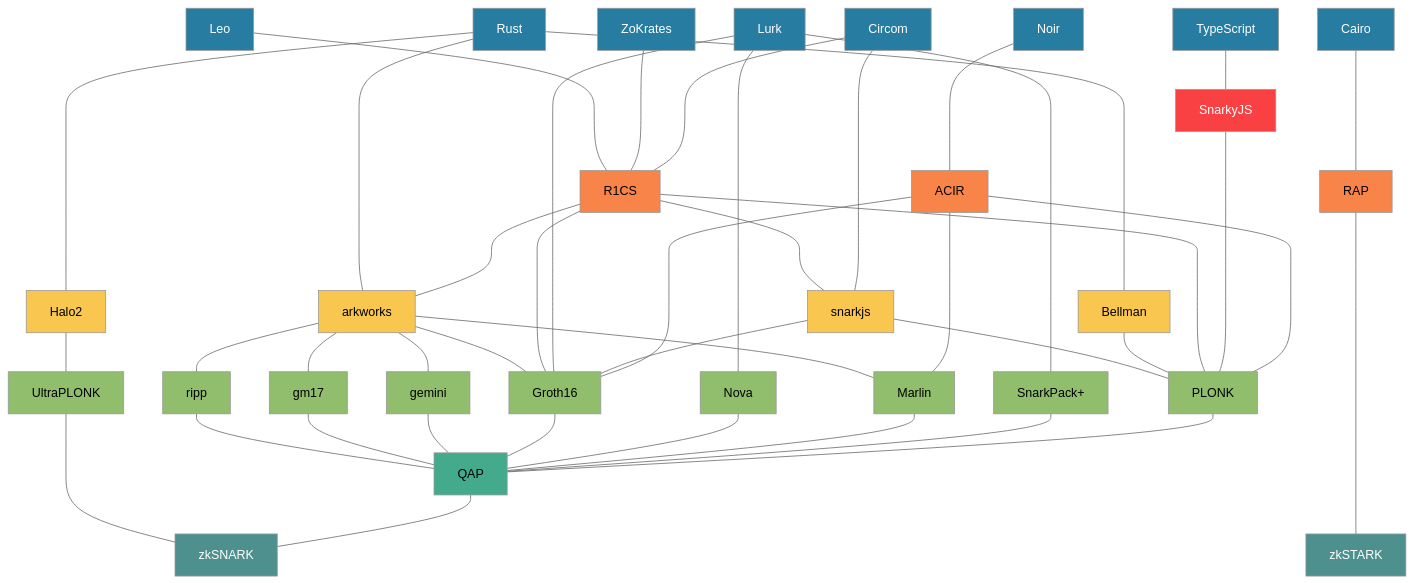
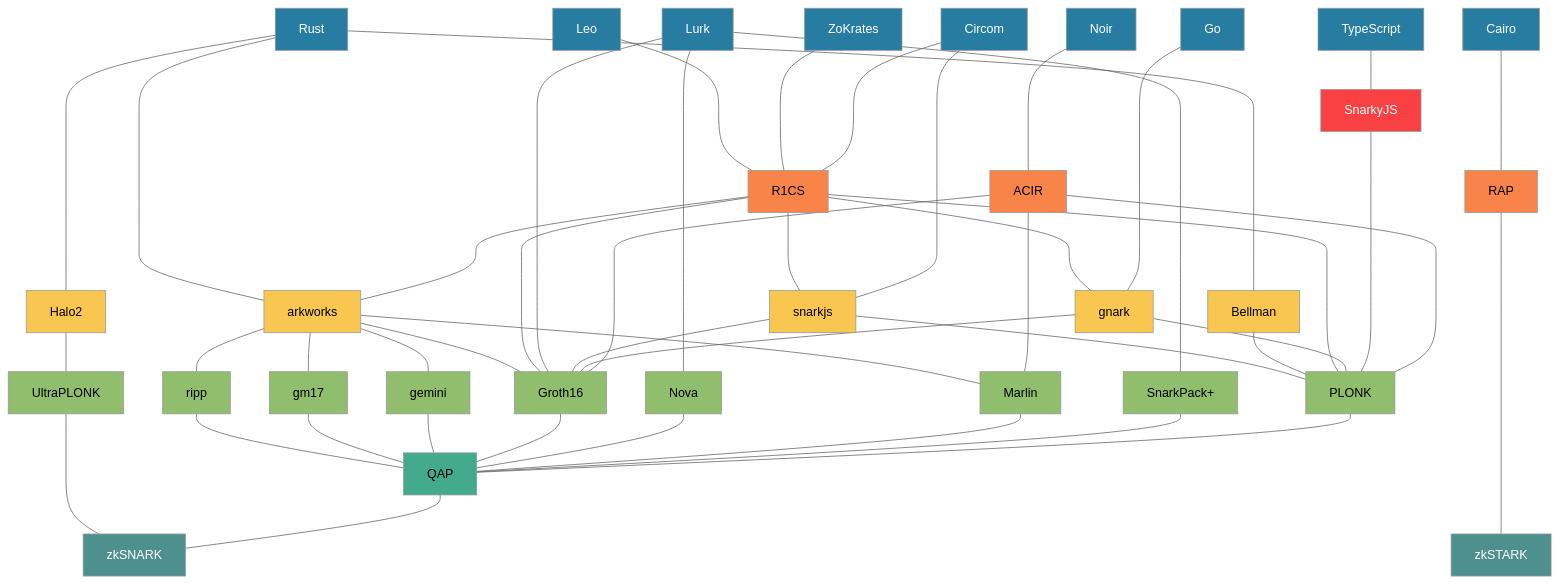
Before and after one commit to alxkzmn/zk-atlas: the first of 2 diagrams in README.md, drawn with Mermaid (neutral theme).

Commit message:
Add gnark

````diff
--- a/README.md
+++ b/README.md
@@ -16,14 +16,18 @@
     arkworks --- Groth16
     Bellman --- PLONK
     R1CS ---- snarkjs
+    R1CS ---- gnark
     R1CS --- PLONK
     R1CS --- Groth16
     Lurk ------- Groth16
     TypeScript --- SnarkyJS
     snarkjs --- Groth16
+    gnark --- Groth16
+    gnark --- PLONK
     R1CS ---- arkworks
     SnarkyJS ------ PLONK
-    Circom ----- snarkjs 
+    Circom ----- snarkjs
+    Go ------ gnark
     arkworks --- Marlin
     arkworks --- ripp
     arkworks --- gm17
@@ -66,9 +70,9 @@
     
     %% These are class assignments. There should be no spaces around commas.
     class SnarkyJS framework
-    class Circom,ZoKrates,Leo,Noir,Cairo,Lurk,Rust,TypeScript lang
+    class Circom,ZoKrates,Leo,Noir,Cairo,Lurk,Rust,TypeScript,Go lang
     class R1CS,ACIR,RAP intermediate
-    class snarkjs,Bellman,Halo2,arkworks lib
+    class snarkjs,Bellman,Halo2,arkworks,gnark lib
     class Groth16,PLONK,Marlin,SnarkPack,Nova,UltraPLONK,gm17,gemini,ripp provingSystem
     class QAP algForm
     class zkSNARK,zkSTARK tech
@@ -98,4 +102,6 @@
     click gm17 href "https://github.com/arkworks-rs/gm17"
     click gemini href "https://github.com/arkworks-rs/gemini"
     click ripp href "https://github.com/arkworks-rs/ripp"
+    click Go href "https://go.dev/"
+    click gnark href "https://docs.gnark.consensys.net/en/latest/"
 ```
````
